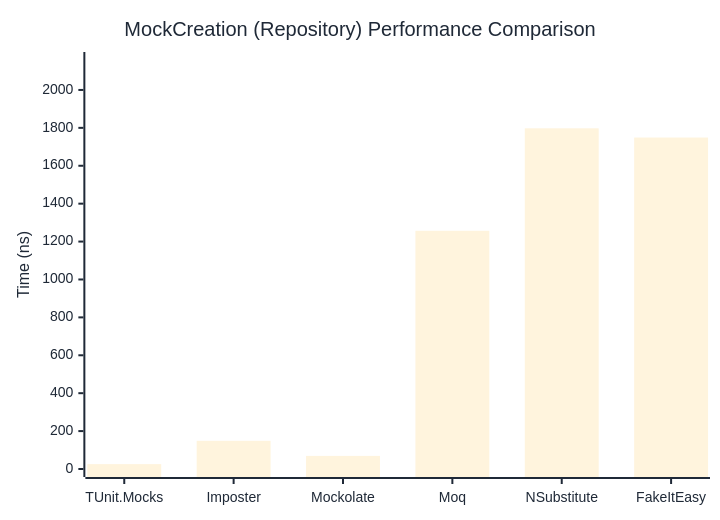
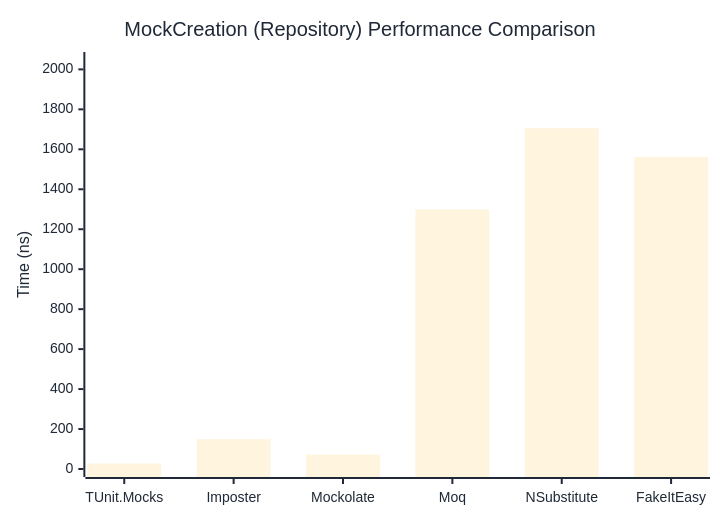
One commit to thomhurst/TUnit changed the second of 2 diagrams in docs/docs/benchmarks/mocks/MockCreation.md. Above: the diagram before and after it, drawn with Mermaid. The commit also changed other lines of this file and 14 other files, not shown here.

````diff
--- a/docs/docs/benchmarks/mocks/MockCreation.md
+++ b/docs/docs/benchmarks/mocks/MockCreation.md
@@ -69,27 +69,27 @@
 ```mermaid
 %%{init: {
   'theme':'base',
   'themeVariables': {
     'primaryColor': '#2563eb',
     'primaryTextColor': '#1f2937',
     'primaryBorderColor': '#1e40af',
     'lineColor': '#6b7280',
     'secondaryColor': '#7c3aed',
     'tertiaryColor': '#dc2626',
     'background': '#ffffff',
     'pie1': '#2563eb',
     'pie2': '#7c3aed',
     'pie3': '#dc2626',
     'pie4': '#f59e0b',
     'pie5': '#10b981',
     'pie6': '#06b6d4',
     'pie7': '#ec4899',
     'pie8': '#6366f1'
   }
 }}%%
 xychart-beta
   title "MockCreation (Repository) Performance Comparison"
   x-axis ["TUnit.Mocks", "Imposter", "Mockolate", "Moq", "NSubstitute", "FakeItEasy"]
-  y-axis "Time (ns)" 0 --> 2158
-  bar [25.66, 148.74, 69.16, 1256.87, 1797.54, 1748.91]
+  y-axis "Time (ns)" 0 --> 2047
+  bar [27.42, 148.9, 72.5, 1298.65, 1705.27, 1561.77]
 ```
````
